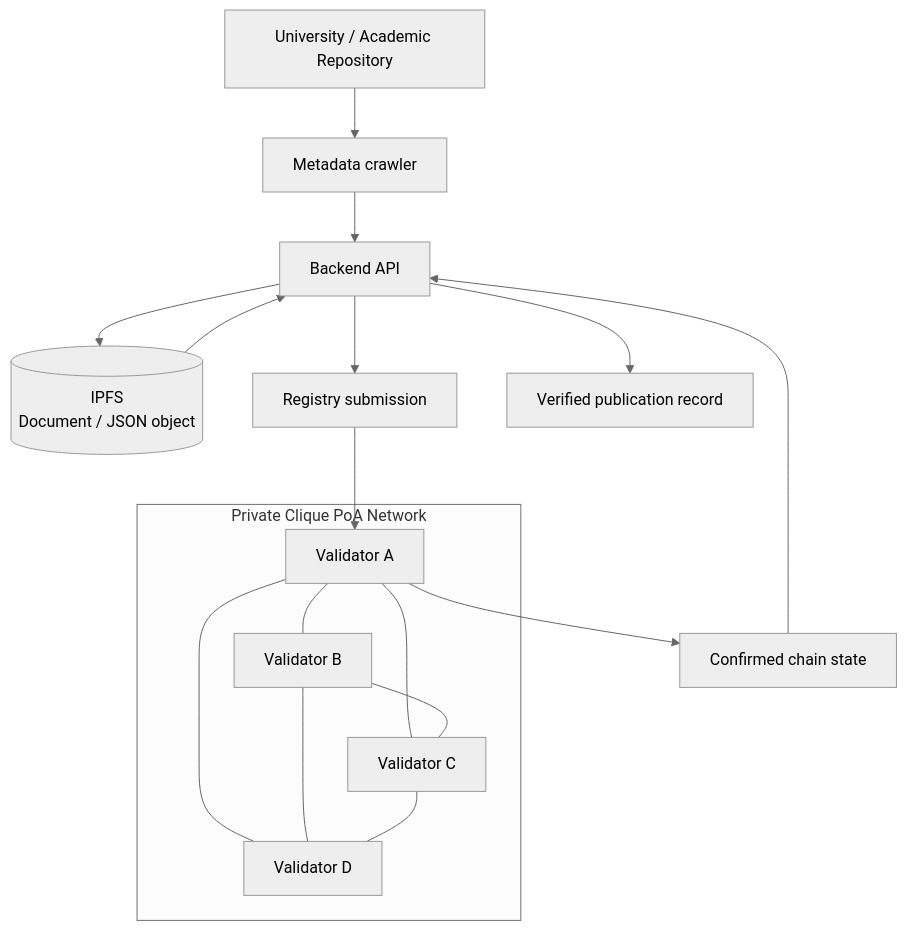
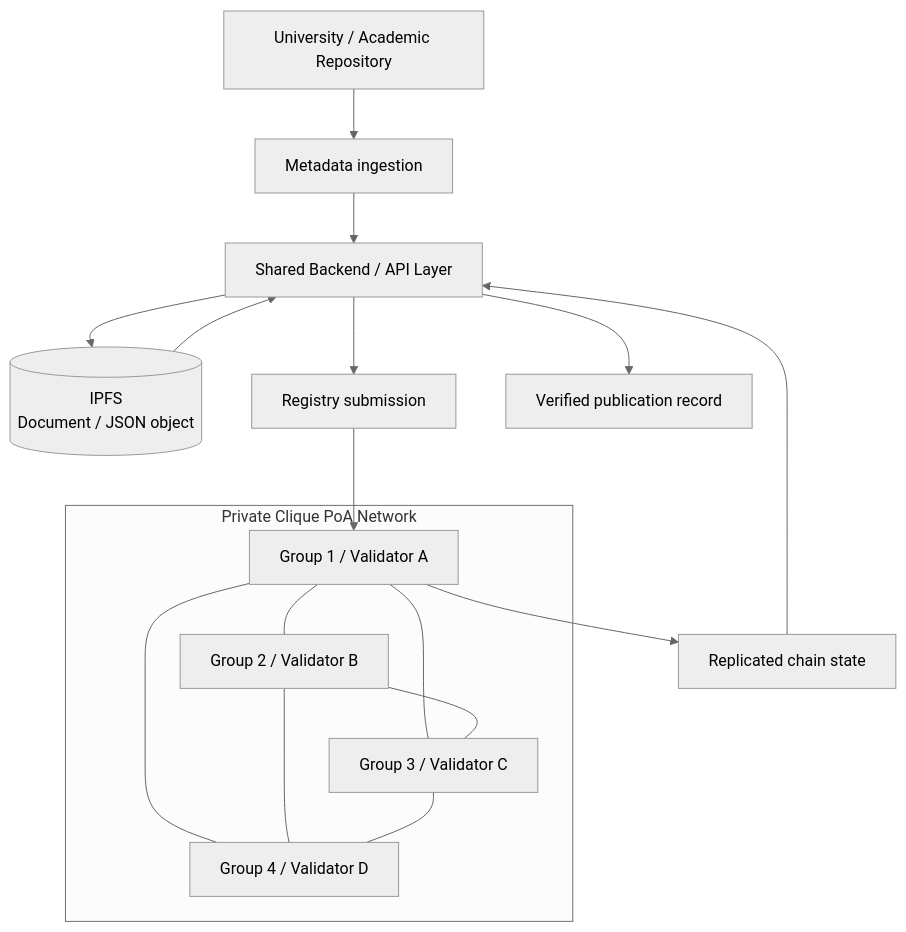
Before and after one commit to syifaniads/Rancangan-Blockchain-Publikasi-Skripsi: the first of 2 diagrams in README.md, drawn with Mermaid (neutral theme). The commit also changed other lines of this file, not shown here.

````diff
--- a/README.md
+++ b/README.md
@@ -29,26 +66,26 @@
 ```mermaid
 flowchart TB
-    R[University / Academic Repository] --> C[Metadata crawler]
-    C --> API[Backend API]
+    R[University / Academic Repository] --> C[Metadata ingestion]
+    C --> API[Shared Backend / API Layer]
     API --> IPFS[(IPFS\nDocument / JSON object)]
     API --> SC[Registry submission]
 
     subgraph NET[Private Clique PoA Network]
-      V1[Validator A]
-      V2[Validator B]
-      V3[Validator C]
-      V4[Validator D]
+      V1[Group 1 / Validator A]
+      V2[Group 2 / Validator B]
+      V3[Group 3 / Validator C]
+      V4[Group 4 / Validator D]
       V1 --- V2
       V1 --- V3
       V1 --- V4
       V2 --- V3
       V2 --- V4
       V3 --- V4
     end
 
     SC --> V1
-    V1 --> Q[Confirmed chain state]
+    V1 --> Q[Replicated chain state]
     Q --> API
     IPFS --> API
     API --> OUT[Verified publication record]
 ```
````
